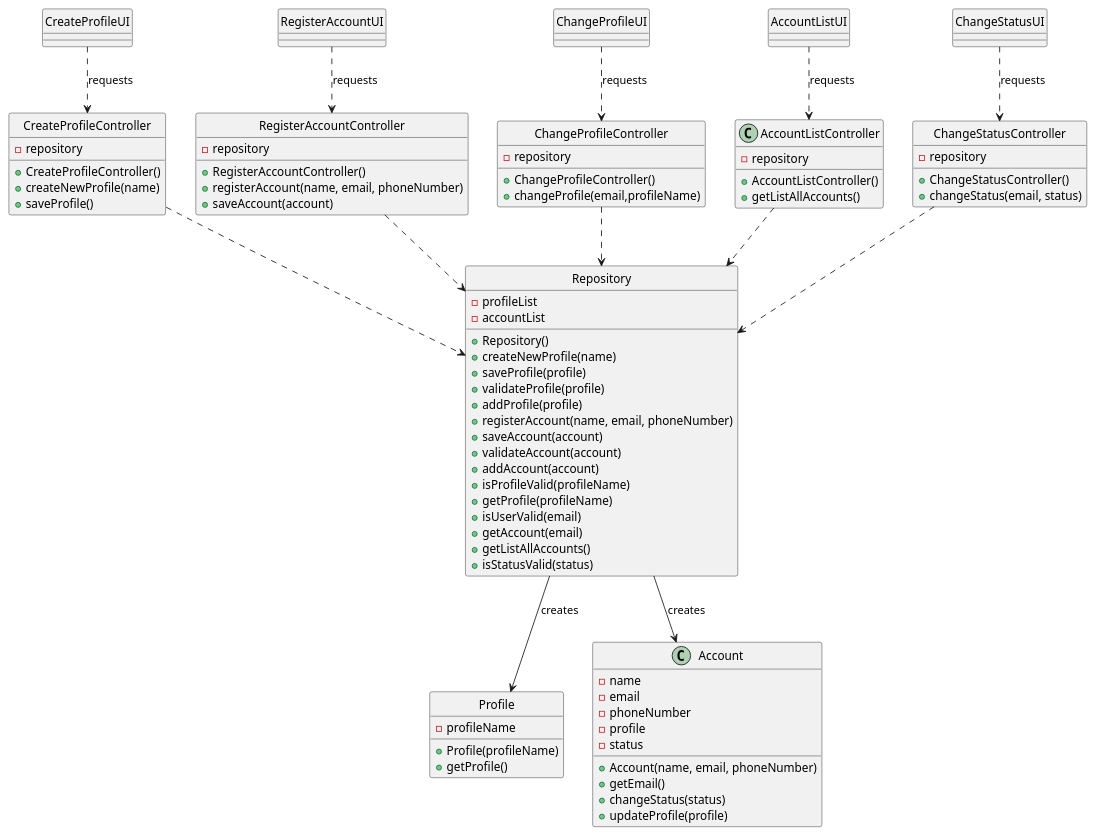
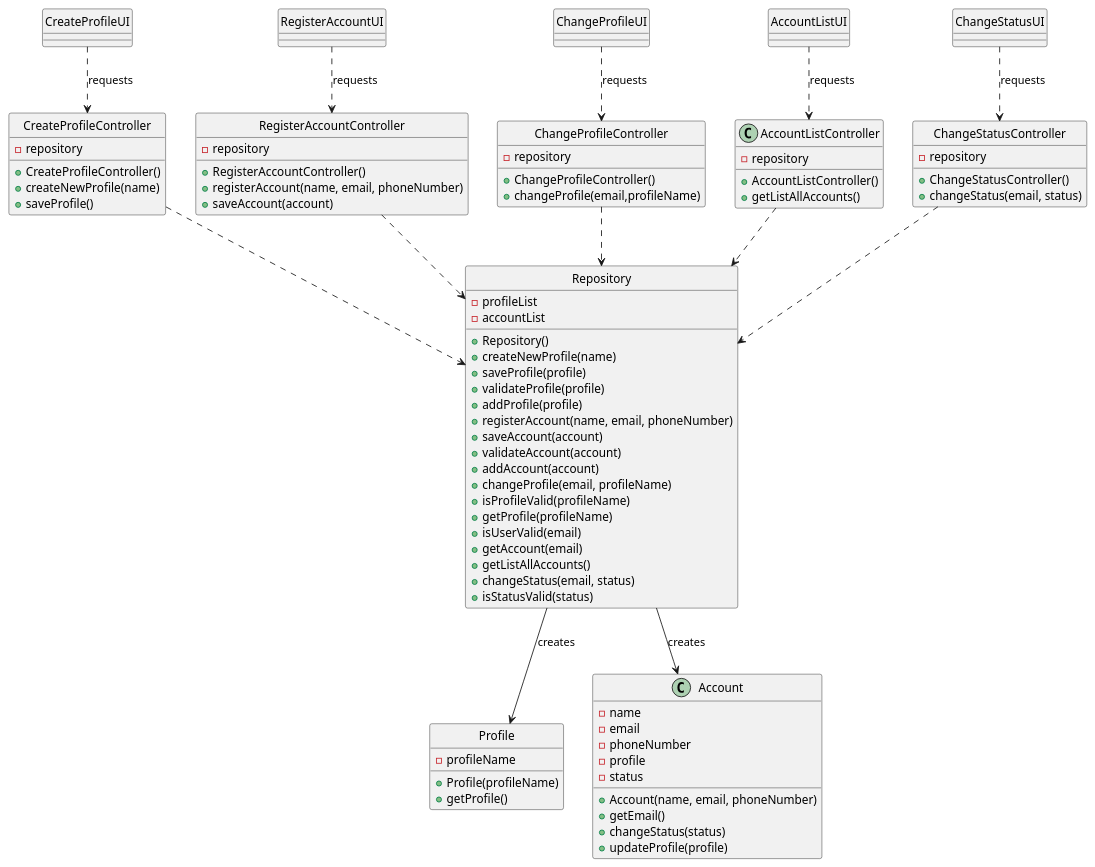
Before and after one commit to Loracline/project_switch_22-23: the diagram in docs/modelling_design/user_stories/Class_Diagram.puml, drawn with PlantUML.

Commit message:
US001-006: Design: Added changeProfile and changeStatus methods to Class Diagram

```diff
--- a/docs/modelling_design/user_stories/Class_Diagram.puml
+++ b/docs/modelling_design/user_stories/Class_Diagram.puml
@@ -1,117 +1,119 @@
 @startuml
 class CreateProfileUI{
 }
 hide CreateProfileUI circle
 
 class RegisterAccountUI{
 }
 hide RegisterAccountUI circle
 
 class ChangeProfileUI{
 }
 hide ChangeProfileUI circle
 
 class AccountListUI{
 }
 hide AccountListUI circle
 
 class ChangeStatusUI{
 }
 hide ChangeStatusUI circle
 
 class Repository{
 -profileList
 -accountList
 +Repository()
 +createNewProfile(name)
 +saveProfile(profile)
 +validateProfile(profile)
 +addProfile(profile)
 +registerAccount(name, email, phoneNumber)
 +saveAccount(account)
 +validateAccount(account)
 +addAccount(account)
++changeProfile(email, profileName)
 +isProfileValid(profileName)
 +getProfile(profileName)
 +isUserValid(email)
 +getAccount(email)
 +getListAllAccounts()
++changeStatus(email, status)
 +isStatusValid(status)
 }
 hide Repository circle
 
 class Profile{
 -profileName
 +Profile(profileName)
 +getProfile()
 }
 hide Profile circle
 
 class Account {
 -name
 -email
 -phoneNumber
 -profile
 -status
 +Account(name, email, phoneNumber)
 +getEmail()
 +changeStatus(status)
 +updateProfile(profile)
 }
 hide Profile circle
 
 class CreateProfileController {
 -repository
 +CreateProfileController()
 +createNewProfile(name)
 +saveProfile()
 }
 hide CreateProfileController circle
 
 class RegisterAccountController {
 -repository
 +RegisterAccountController()
 +registerAccount(name, email, phoneNumber)
 +saveAccount(account)
 
 }
 hide RegisterAccountController circle
 
 class ChangeProfileController {
 -repository
 +ChangeProfileController()
 +changeProfile(email,profileName)
 }
 hide ChangeProfileController circle
 
 class AccountListController{
 -repository
 +AccountListController()
 +getListAllAccounts()
 }
 
 class ChangeStatusController{
 -repository
 +ChangeStatusController()
 +changeStatus(email, status)
 }
 hide ChangeStatusController circle
 
 CreateProfileUI ..>  CreateProfileController: requests
 RegisterAccountUI ..>  RegisterAccountController: requests
 ChangeProfileUI ..> ChangeProfileController: requests
 AccountListUI ..> AccountListController: requests
 ChangeStatusUI ..> ChangeStatusController: requests
 
 CreateProfileController ..> Repository
 RegisterAccountController ..> Repository
 ChangeProfileController ..> Repository
 AccountListController ..> Repository
 ChangeStatusController ..> Repository
 
 Repository --> Profile: creates
 Repository --> Account: creates
 
 
 
 @enduml
```
